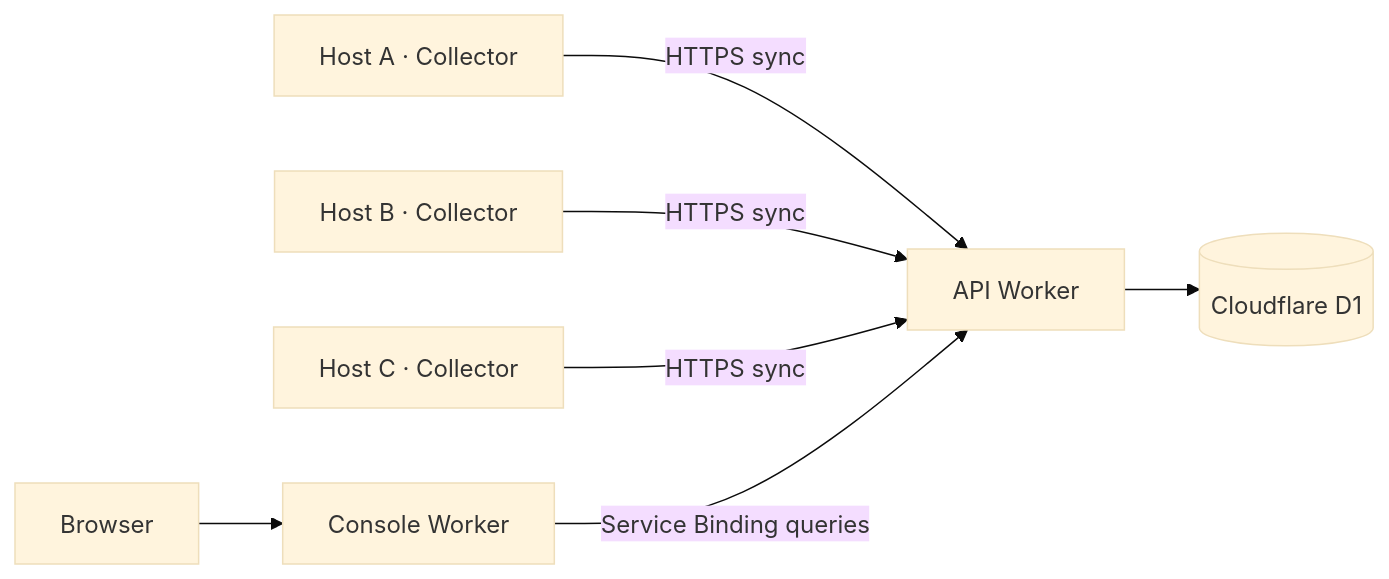
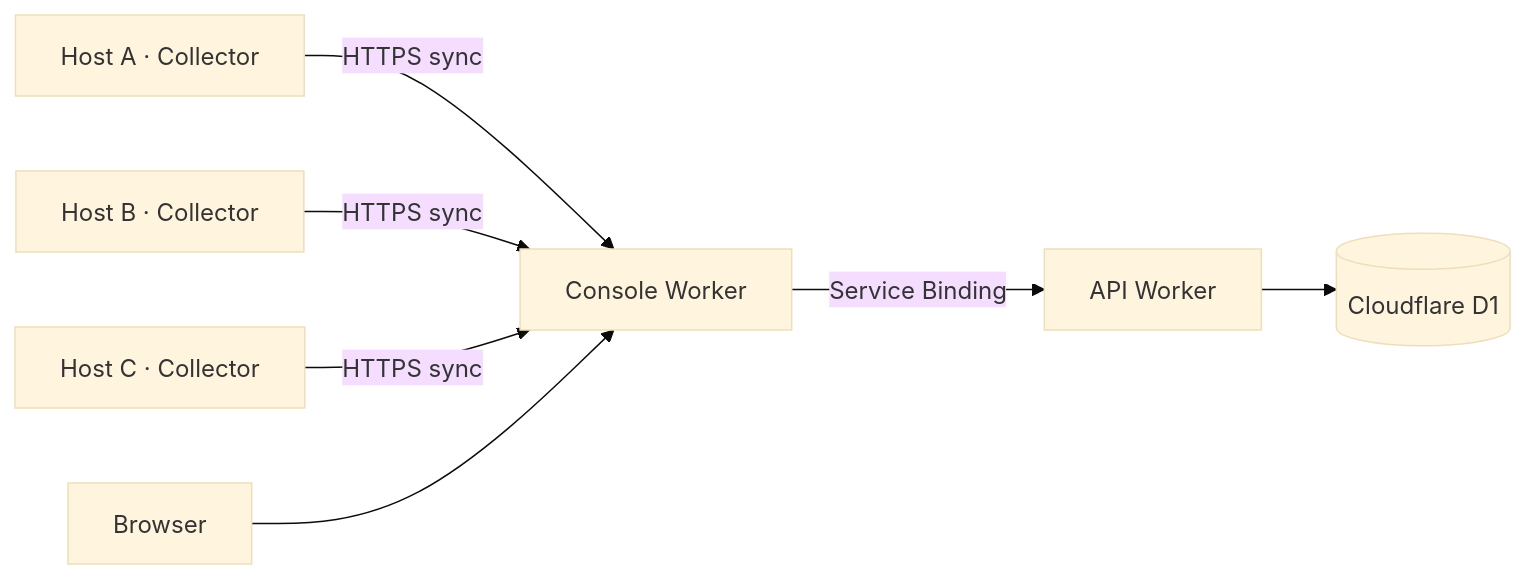
Before and after one commit to HSwift/tokscale-serverless: the diagram in README.md, drawn with Mermaid (base theme). The commit also changed other lines of this file and 11 other files, not shown here.

Commit message:
fix: use console domain for authenticated collector installation

````diff
--- a/README.md
+++ b/README.md
@@ -23,9 +23,9 @@
 ```mermaid
 flowchart LR
-    A[Host A · Collector] -->|HTTPS sync| API[API Worker]
-    B[Host B · Collector] -->|HTTPS sync| API
-    C[Host C · Collector] -->|HTTPS sync| API
+    A[Host A · Collector] -->|HTTPS sync| Console[Console Worker]
+    B[Host B · Collector] -->|HTTPS sync| Console
+    C[Host C · Collector] -->|HTTPS sync| Console
     API --> DB[(Cloudflare D1)]
-    Browser[Browser] --> Console[Console Worker]
-    Console -->|Service Binding queries| API
+    Browser[Browser] --> Console
+    Console -->|Service Binding| API[API Worker]
 ```
````
